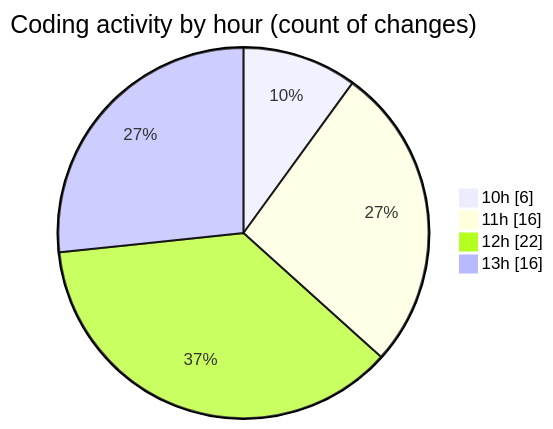
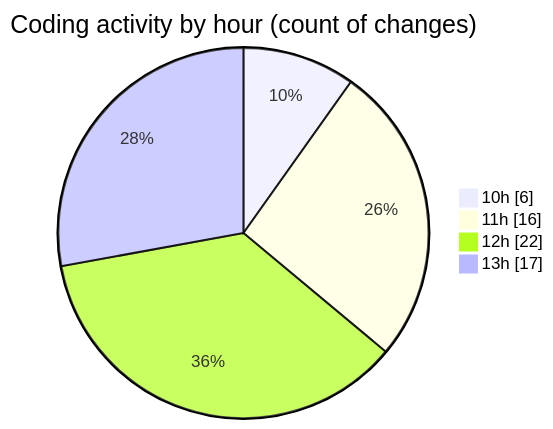
The second of 2 diagrams in 2025-09-08/cda/README.md (momahboobian/code-tracking), drawn with Mermaid before and after one commit. The commit also changed other lines of this file and 1 other file, not shown here.

````diff
--- a/2025-09-08/cda/README.md
+++ b/2025-09-08/cda/README.md
@@ -35,8 +35,8 @@
 ```mermaid
 pie showData
 title Coding activity by hour (count of changes)
 "10h" : 6
 "11h" : 16
 "12h" : 22
-"13h" : 16
+"13h" : 17
 ```
````
